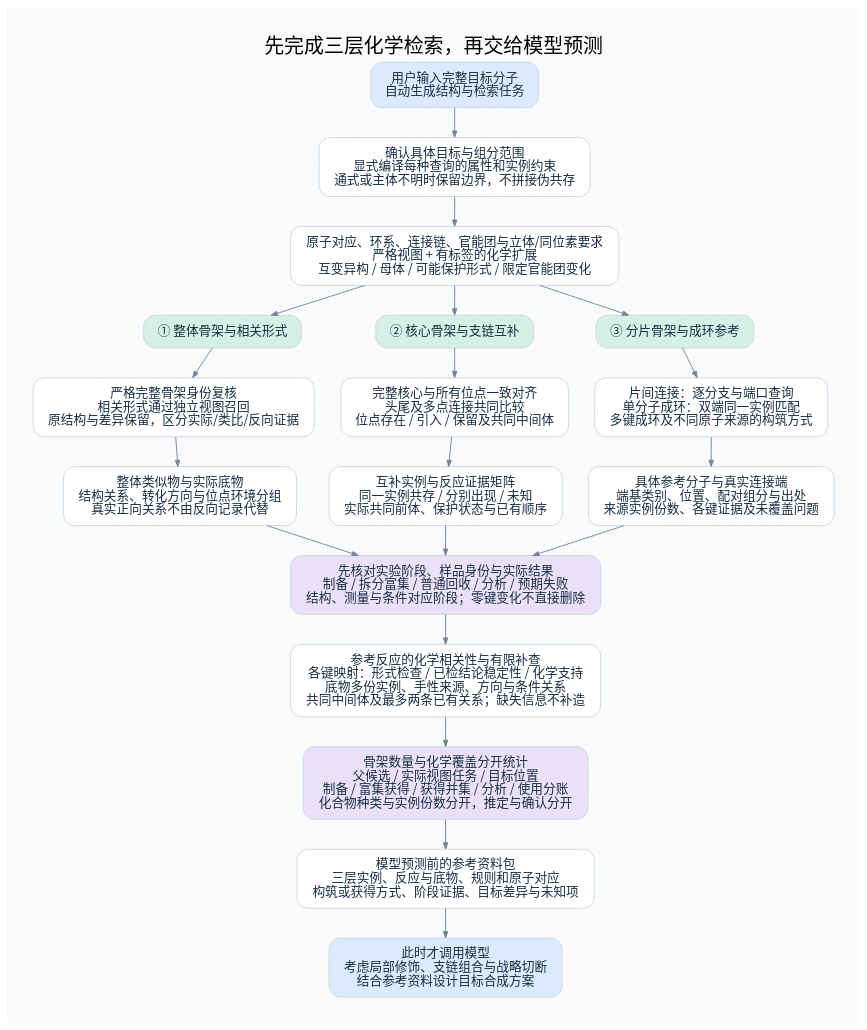
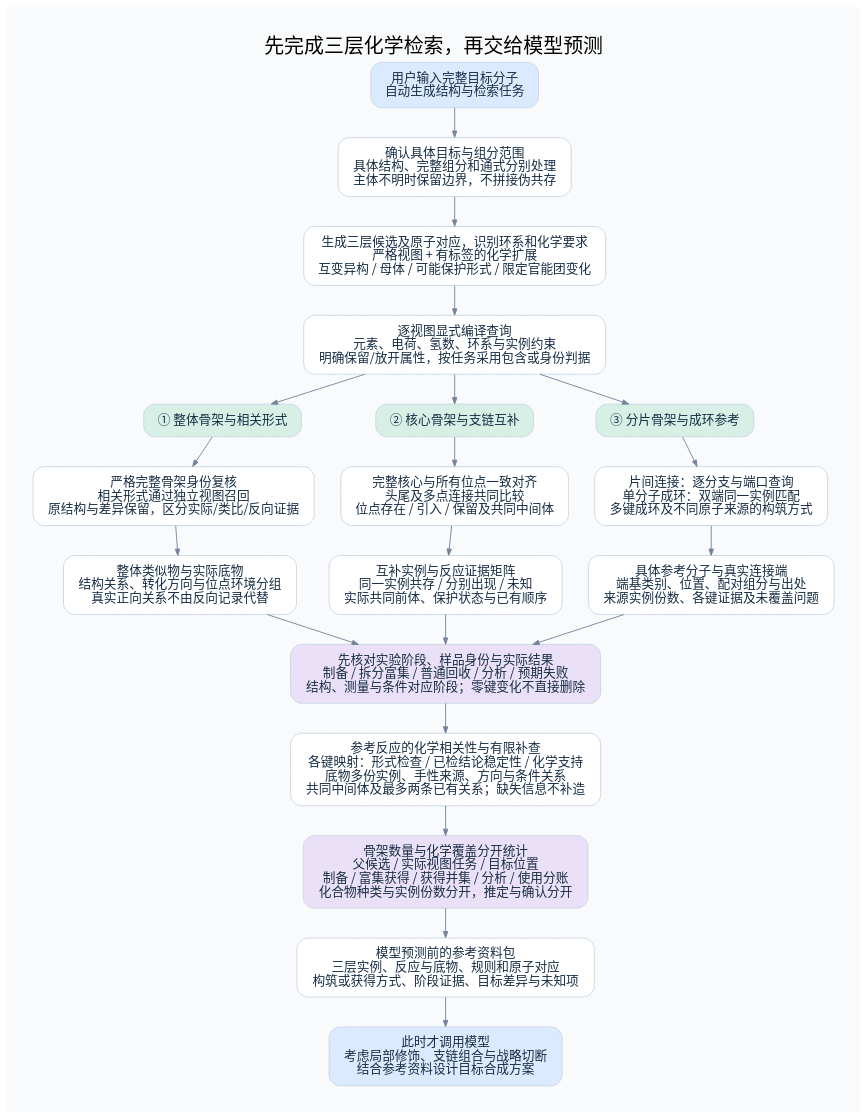
One commit to 825728139/substructure_search changed the diagram in diagrams/scaffold-search.dot. Above: the diagram before and after it, drawn with Graphviz. The commit also changed 11 other files, not shown here.

```diff
--- a/diagrams/scaffold-search.dot
+++ b/diagrams/scaffold-search.dot
@@ -1,61 +1,64 @@
 digraph G {
 
 graph [rankdir=TB, bgcolor="#F8FAFC", pad="0.4", nodesep="0.40", ranksep="0.46", fontname="Noto Sans CJK SC", fontsize=22, labelloc=t];
 node [shape=box, style="rounded,filled", fillcolor="white", color="#CAD5E2", fontcolor="#172D45", fontname="Noto Sans CJK SC", fontsize=14, margin="0.20,0.14"];
 edge [color="#72849B", arrowsize=0.7, fontname="Noto Sans CJK SC", fontsize=11, fontcolor="#526477"];
 
 label="先完成三层化学检索，再交给模型预测";
 a [label="用户输入完整目标分子
 自动生成结构与检索任务", fillcolor="#DBEAFE"];
-b [label="原子对应、环系、连接链、官能团与立体/同位素要求
+b [label="生成三层候选及原子对应，识别环系和化学要求
 严格视图 + 有标签的化学扩展
 互变异构 / 母体 / 可能保护形式 / 限定官能团变化"];
 g [label="① 整体骨架与相关形式", fillcolor="#D6F0E5"];
 c [label="② 核心骨架与支链互补", fillcolor="#D6F0E5"];
 f [label="③ 分片骨架与成环参考", fillcolor="#D6F0E5"];
 g1 [label="严格完整骨架身份复核
 相关形式通过独立视图召回
 原结构与差异保留，区分实际/类比/反向证据"];
 c1 [label="完整核心与所有位点一致对齐
 头尾及多点连接共同比较
 位点存在 / 引入 / 保留及共同中间体"];
 f1 [label="片间连接：逐分支与端口查询
 单分子成环：双端同一实例匹配
 多键成环及不同原子来源的构筑方式"];
 g2 [label="整体类似物与实际底物
 结构关系、转化方向与位点环境分组
 真实正向关系不由反向记录代替"];
 c2 [label="互补实例与反应证据矩阵
 同一实例共存 / 分别出现 / 未知
 实际共同前体、保护状态与已有顺序"];
 f2 [label="具体参考分子与真实连接端
 端基类别、位置、配对组分与出处
 来源实例份数、各键证据及未覆盖问题"];
 roles [label="先核对实验阶段、样品身份与实际结果
 制备 / 拆分富集 / 普通回收 / 分析 / 预期失败
 结构、测量与条件对应阶段；零键变化不直接删除", fillcolor="#EAE0F7"];
 quality [label="参考反应的化学相关性与有限补查
 各键映射：形式检查 / 已检结论稳定性 / 化学支持
 底物多份实例、手性来源、方向与条件关系
 共同中间体及最多两条已有关系；缺失信息不补造"];
 stats [label="骨架数量与化学覆盖分开统计
 父候选 / 实际视图任务 / 目标位置
 制备 / 富集获得 / 获得并集 / 分析 / 使用分账
 化合物种类与实例份数分开，推定与确认分开", fillcolor="#EAE0F7"];
 pack [label="模型预测前的参考资料包
 三层实例、反应与底物、规则和原子对应
 构筑或获得方式、阶段证据、目标差异与未知项"];
 model [label="此时才调用模型
 考虑局部修饰、支链组合与战略切断
 结合参考资料设计目标合成方案", fillcolor="#DBEAFE"];
 input_scope [label="确认具体目标与组分范围
-显式编译每种查询的属性和实例约束
-通式或主体不明时保留边界，不拼接伪共存"];
+具体结构、完整组分和通式分别处理
+主体不明时保留边界，不拼接伪共存"];
 a -> input_scope -> b;
-b -> g; b -> c; b -> f;
+compiled [label="逐视图显式编译查询
+元素、电荷、氢数、环系与实例约束
+明确保留/放开属性，按任务采用包含或身份判据"];
+b -> compiled; compiled -> g; compiled -> c; compiled -> f;
 g -> g1 -> g2;
 c -> c1 -> c2;
 f -> f1 -> f2;
 g2 -> roles; c2 -> roles; f2 -> roles;
 roles -> quality -> stats -> pack -> model;
 }
```
